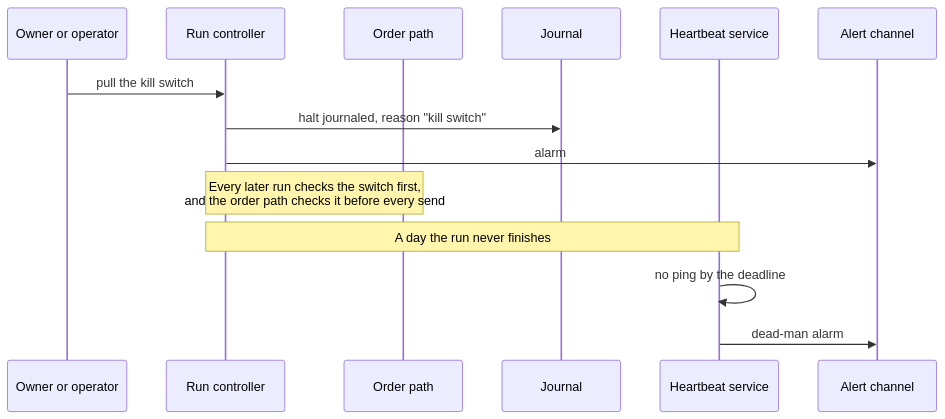
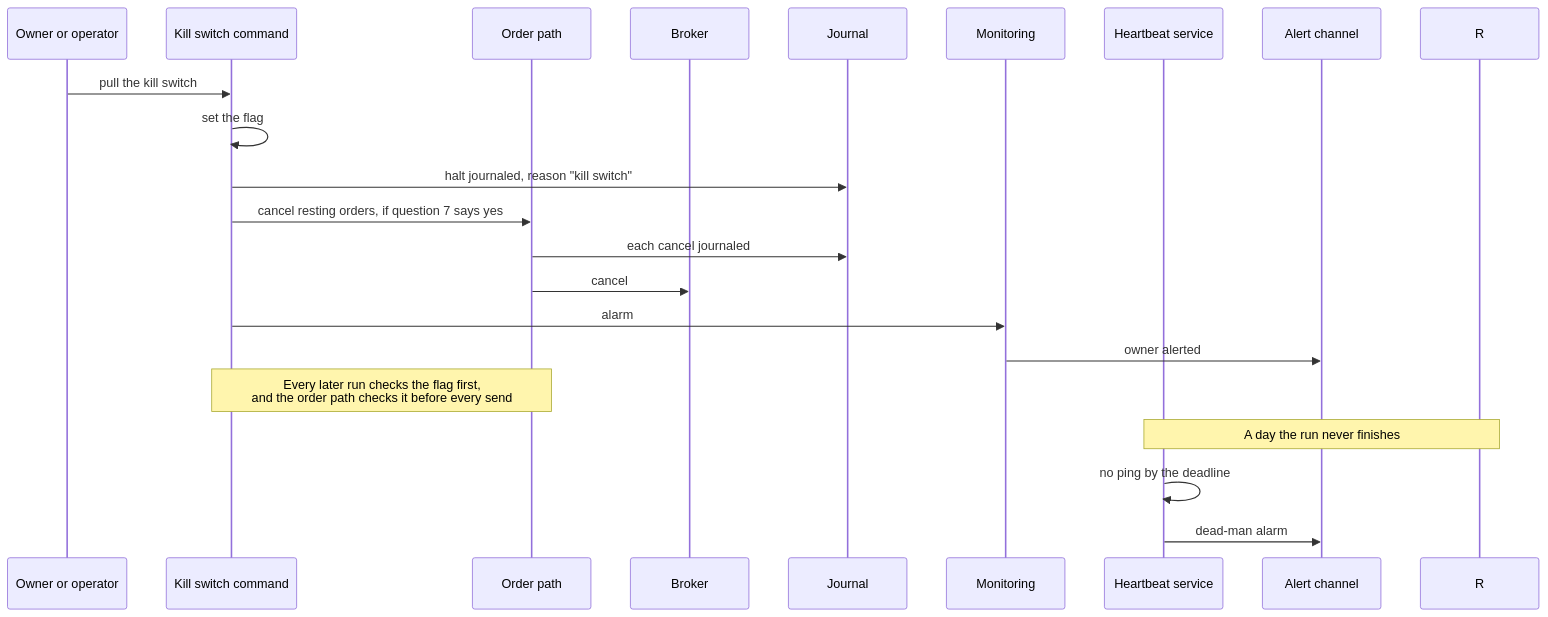
The ninth of 16 diagrams in docs/architecture.md (l3a0/ithildin-runtime), drawn with Mermaid before and after one commit. The commit also changed other lines of this file, not shown here.

First line of the commit message:
docs(architecture): fix what the second review round found

````diff
--- a/docs/architecture.md
+++ b/docs/architecture.md
@@ -536,18 +556,25 @@
 ```mermaid
 sequenceDiagram
     participant P as Owner or operator
-    participant R as Run controller
+    participant K as Kill switch command
     participant X as Order path
+    participant B as Broker
     participant J as Journal
+    participant M as Monitoring
     participant H as Heartbeat service
     participant A as Alert channel
 
-    P->>R: pull the kill switch
-    R->>J: halt journaled, reason "kill switch"
-    R->>A: alarm
-    Note over R,X: Every later run checks the switch first,<br/>and the order path checks it before every send
+    P->>K: pull the kill switch
+    K->>K: set the flag
+    K->>J: halt journaled, reason "kill switch"
+    K->>X: cancel resting orders, if question 7 says yes
+    X->>J: each cancel journaled
+    X->>B: cancel
+    K->>M: alarm
+    M->>A: owner alerted
+    Note over K,X: Every later run checks the flag first,<br/>and the order path checks it before every send
 
     Note over R,H: A day the run never finishes
     H->>H: no ping by the deadline
     H->>A: dead-man alarm
 ```
````
